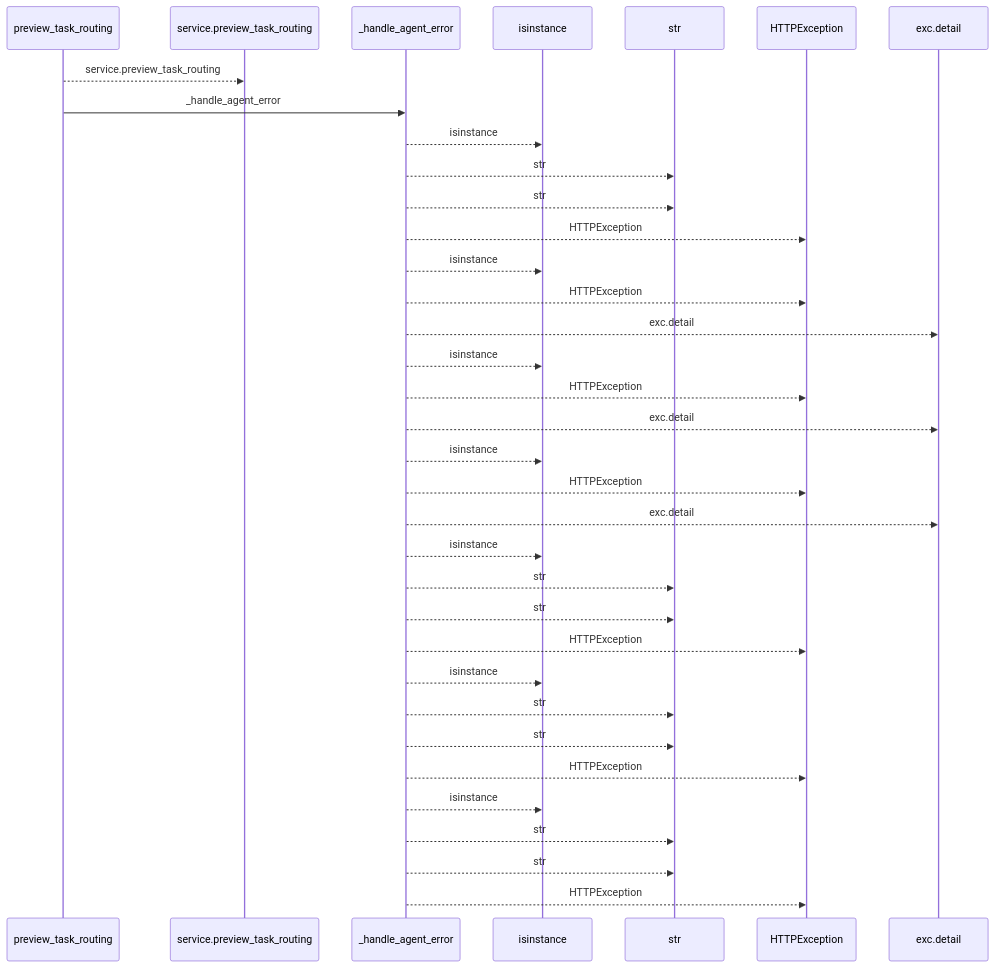
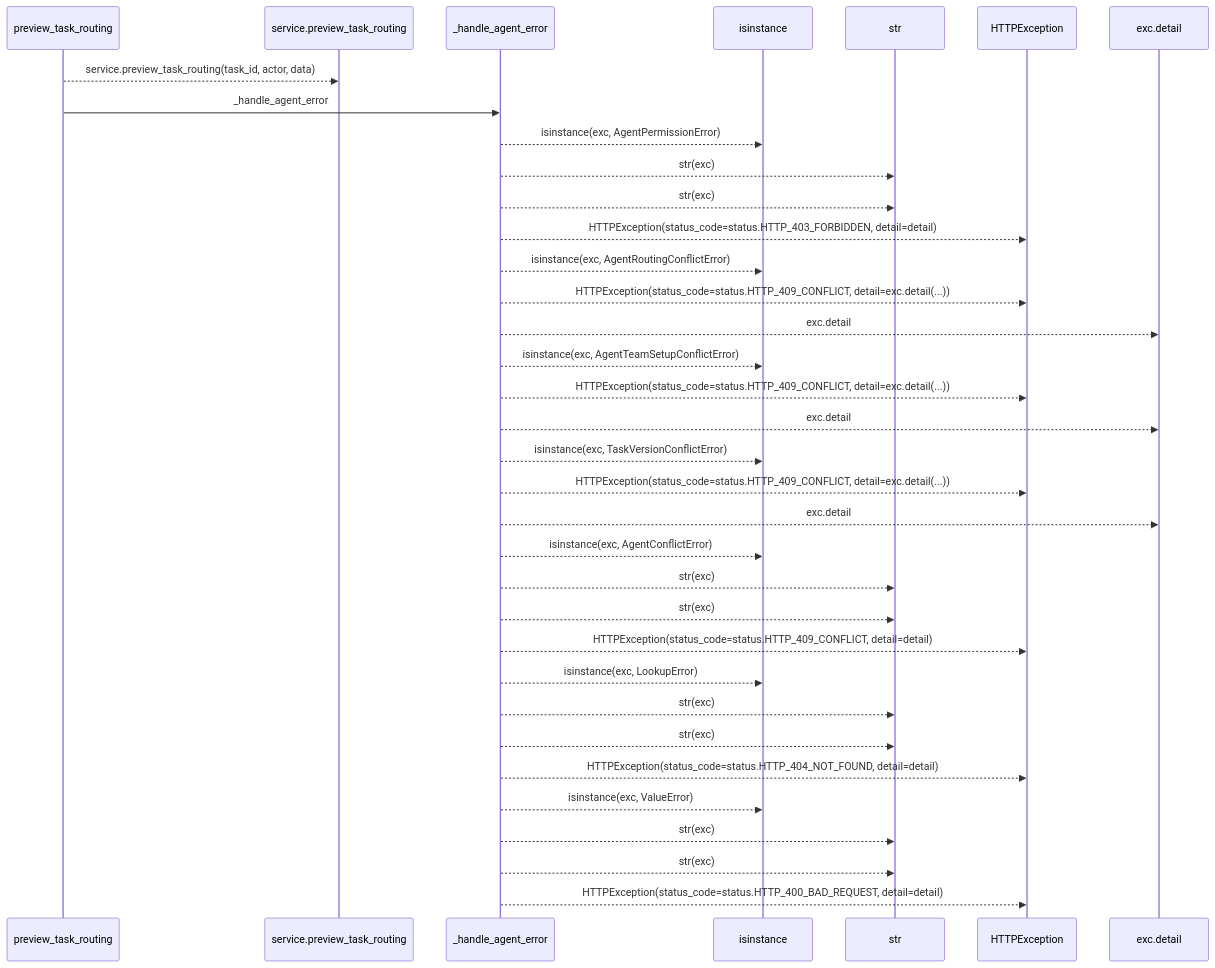
The first of 2 diagrams in docs/llm_wiki/flows/http-preview_task_routing.md (Denissvgn/WorkChord), drawn with Mermaid before and after one commit. The commit also changed other lines of this file and 25171 other files, not shown here.

````diff
--- a/docs/llm_wiki/flows/http-preview_task_routing.md
+++ b/docs/llm_wiki/flows/http-preview_task_routing.md
@@ -10,37 +12,37 @@
 ```mermaid
 sequenceDiagram
     participant p0 as preview_task_routing
     participant p1 as service.preview_task_routing
     participant p2 as _handle_agent_error
     participant p3 as isinstance
     participant p4 as str
     participant p5 as HTTPException
     participant p6 as exc.detail
-    p0-->>p1: service.preview_task_routing
+    p0-->>p1: service.preview_task_routing(task_id, actor, data)
     p0->>p2: _handle_agent_error
-    p2-->>p3: isinstance
-    p2-->>p4: str
-    p2-->>p4: str
-    p2-->>p5: HTTPException
-    p2-->>p3: isinstance
-    p2-->>p5: HTTPException
+    p2-->>p3: isinstance(exc, AgentPermissionError)
+    p2-->>p4: str(exc)
+    p2-->>p4: str(exc)
+    p2-->>p5: HTTPException(status_code=status.HTTP_403_FORBIDDEN, detail=detail)
+    p2-->>p3: isinstance(exc, AgentRoutingConflictError)
+    p2-->>p5: HTTPException(status_code=status.HTTP_409_CONFLICT, detail=exc.detail(...))
     p2-->>p6: exc.detail
-    p2-->>p3: isinstance
-    p2-->>p5: HTTPException
+    p2-->>p3: isinstance(exc, AgentTeamSetupConflictError)
+    p2-->>p5: HTTPException(status_code=status.HTTP_409_CONFLICT, detail=exc.detail(...))
     p2-->>p6: exc.detail
-    p2-->>p3: isinstance
-    p2-->>p5: HTTPException
+    p2-->>p3: isinstance(exc, TaskVersionConflictError)
+    p2-->>p5: HTTPException(status_code=status.HTTP_409_CONFLICT, detail=exc.detail(...))
     p2-->>p6: exc.detail
-    p2-->>p3: isinstance
-    p2-->>p4: str
-    p2-->>p4: str
-    p2-->>p5: HTTPException
-    p2-->>p3: isinstance
-    p2-->>p4: str
-    p2-->>p4: str
-    p2-->>p5: HTTPException
-    p2-->>p3: isinstance
-    p2-->>p4: str
-    p2-->>p4: str
-    p2-->>p5: HTTPException
+    p2-->>p3: isinstance(exc, AgentConflictError)
+    p2-->>p4: str(exc)
+    p2-->>p4: str(exc)
+    p2-->>p5: HTTPException(status_code=status.HTTP_409_CONFLICT, detail=detail)
+    p2-->>p3: isinstance(exc, LookupError)
+    p2-->>p4: str(exc)
+    p2-->>p4: str(exc)
+    p2-->>p5: HTTPException(status_code=status.HTTP_404_NOT_FOUND, detail=detail)
+    p2-->>p3: isinstance(exc, ValueError)
+    p2-->>p4: str(exc)
+    p2-->>p4: str(exc)
+    p2-->>p5: HTTPException(status_code=status.HTTP_400_BAD_REQUEST, detail=detail)
 ```
````
